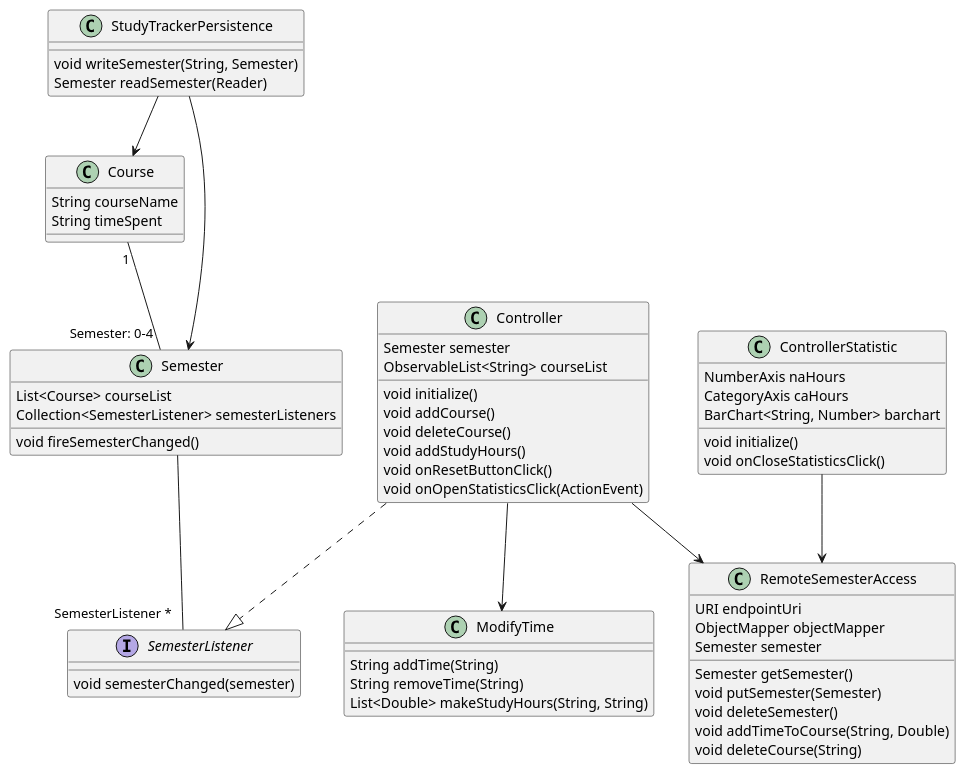
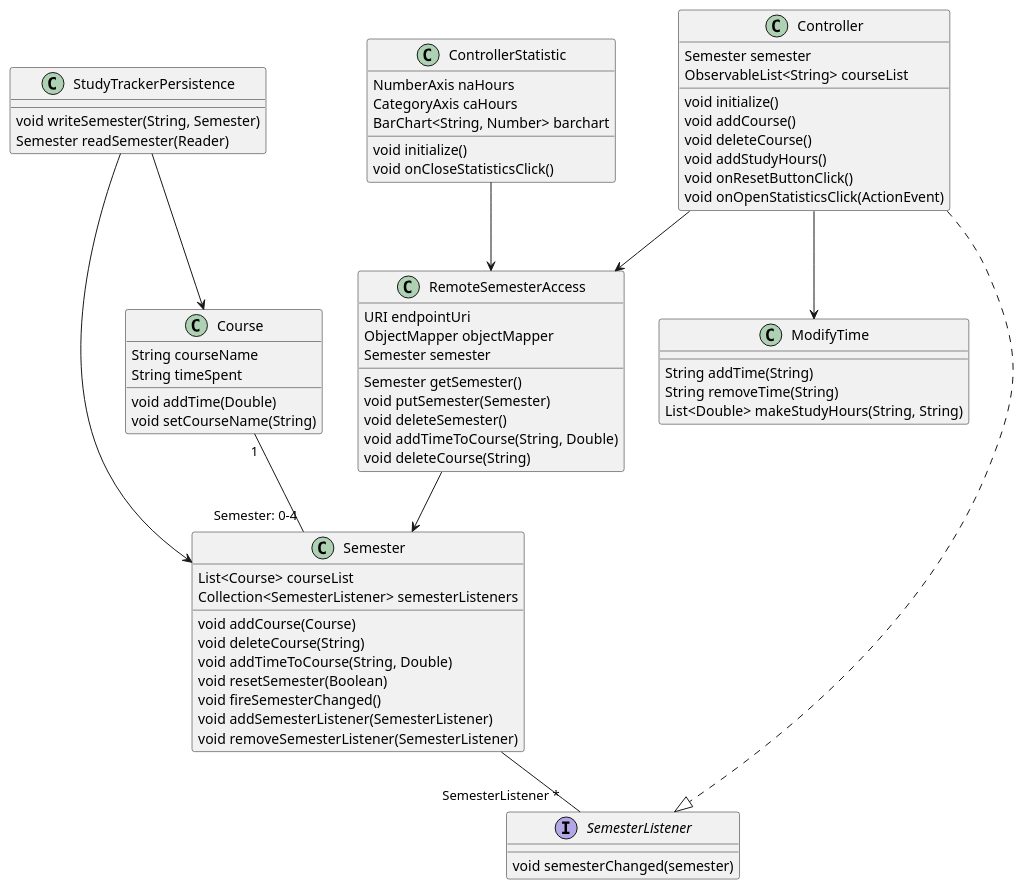
Before and after one commit to bmksimons/studytracker: the second of 4 diagrams in IT1901/README.md, drawn with PlantUML.

````diff
--- a/IT1901/README.md
+++ b/IT1901/README.md
@@ -104,60 +104,71 @@
 ```plantuml
 @startuml
 interface SemesterListener
 class Course
 class Semester
 class Controller
 class ControllerStatistic
 class RemoteSemesterAccess
 class ModifyTime
 class StudyTrackerPersistence
 
 Course "1" -- "Semester: 0-4" Semester
 Controller ..|> SemesterListener
 Semester -- "SemesterListener *" SemesterListener
 Controller --> RemoteSemesterAccess
 ControllerStatistic --> RemoteSemesterAccess
 Controller --> ModifyTime
 StudyTrackerPersistence --> Semester
 StudyTrackerPersistence --> Course
+RemoteSemesterAccess --> Semester
 
 Course : String courseName
 Course : String timeSpent
+Course : void addTime(Double)
+Course : void setCourseName(String)
+
 Semester : List<Course> courseList
 Semester : Collection<SemesterListener> semesterListeners
+Semester : void addCourse(Course)
+Semester : void deleteCourse(String)
+Semester : void addTimeToCourse(String, Double)
+Semester : void resetSemester(Boolean)
 Semester : void fireSemesterChanged()
+Semester : void addSemesterListener(SemesterListener)
+Semester : void removeSemesterListener(SemesterListener)
+
 SemesterListener : void semesterChanged(semester)
 
 Controller : Semester semester
 Controller : ObservableList<String> courseList
 Controller : void initialize()
 Controller : void addCourse()
 Controller : void deleteCourse()
 Controller : void addStudyHours()
 Controller : void onResetButtonClick()
 Controller : void onOpenStatisticsClick(ActionEvent)
 
 ControllerStatistic : NumberAxis naHours
 ControllerStatistic : CategoryAxis caHours
 ControllerStatistic : BarChart<String, Number> barchart
 ControllerStatistic : void initialize()
 ControllerStatistic : void onCloseStatisticsClick()
 
 RemoteSemesterAccess : URI endpointUri
 RemoteSemesterAccess : ObjectMapper objectMapper
 RemoteSemesterAccess : Semester semester
 RemoteSemesterAccess : Semester getSemester()
 RemoteSemesterAccess : void putSemester(Semester)
 RemoteSemesterAccess : void deleteSemester()
 RemoteSemesterAccess : void addTimeToCourse(String, Double)
 RemoteSemesterAccess : void deleteCourse(String)
 
 ModifyTime : String addTime(String)
 ModifyTime : String removeTime(String)
 ModifyTime : List<Double> makeStudyHours(String, String)
 
 StudyTrackerPersistence : void writeSemester(String, Semester)
 StudyTrackerPersistence : Semester readSemester(Reader)
 
 @enduml
 ```
````
